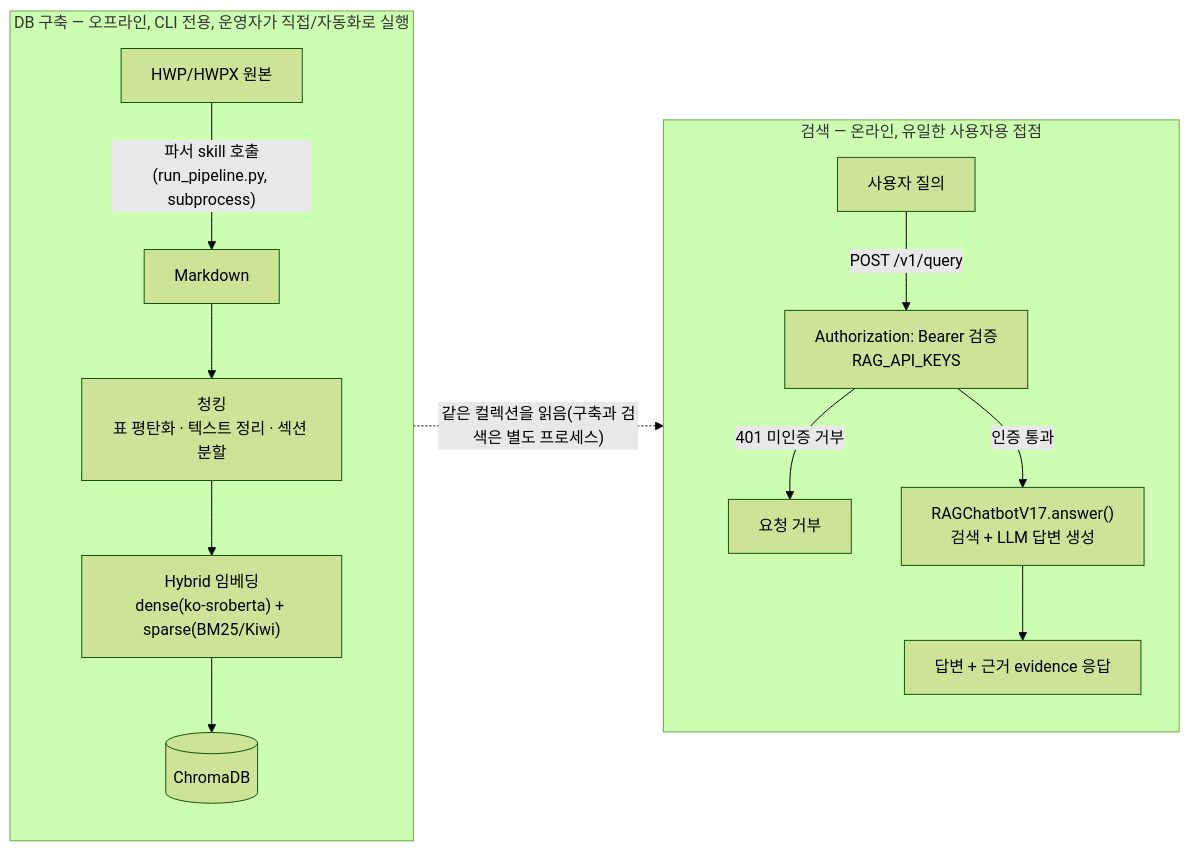
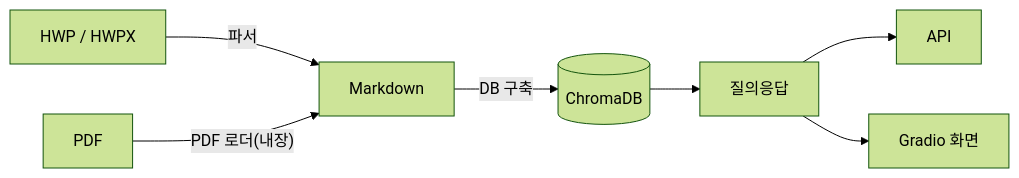
The diagram in README.md (adover134/hierarchical-md-rag), drawn with Mermaid (forest theme) before and after one commit. The commit also changed other lines of this file and 3 other files, not shown here.

````diff
--- a/README.md
+++ b/README.md
@@ -98,18 +9,9 @@
 ```mermaid
 flowchart LR
-    subgraph OFFLINE["DB 구축 — 오프라인, CLI 전용, 운영자가 직접/자동화로 실행"]
-        direction TB
-        A1["HWP/HWPX 원본"] -->|"파서 skill 호출(run_pipeline.py, subprocess)"| A2["Markdown"]
-        A2 --> A3["청킹\n표 평탄화 · 텍스트 정리 · 섹션 분할"]
-        A3 --> A4["Hybrid 임베딩\ndense(ko-sroberta) + sparse(BM25/Kiwi)"]
-        A4 --> A5[("ChromaDB")]
-    end
-    subgraph ONLINE["검색 — 온라인, 유일한 사용자용 접점"]
-        direction TB
-        B1["사용자 질의"] -->|"POST /v1/query"| B2["Authorization: Bearer 검증\nRAG_API_KEYS"]
-        B2 -->|"401 미인증 거부"| BX["요청 거부"]
-        B2 -->|"인증 통과"| B3["RAGChatbotV17.answer()\n검색 + LLM 답변 생성"]
-        B3 --> B4["답변 + 근거 evidence 응답"]
-    end
-    A5 -.->|"같은 컬렉션을 읽음(구축과 검색은 별도 프로세스)"| B3
+    H["HWP / HWPX"] -->|"파서"| M["Markdown"]
+    P["PDF"] -->|"PDF 로더(내장)"| M
+    M -->|"DB 구축"| D[("ChromaDB")]
+    D --> R["질의응답"]
+    R --> API["API"]
+    R --> G["Gradio 화면"]
 ```
````
